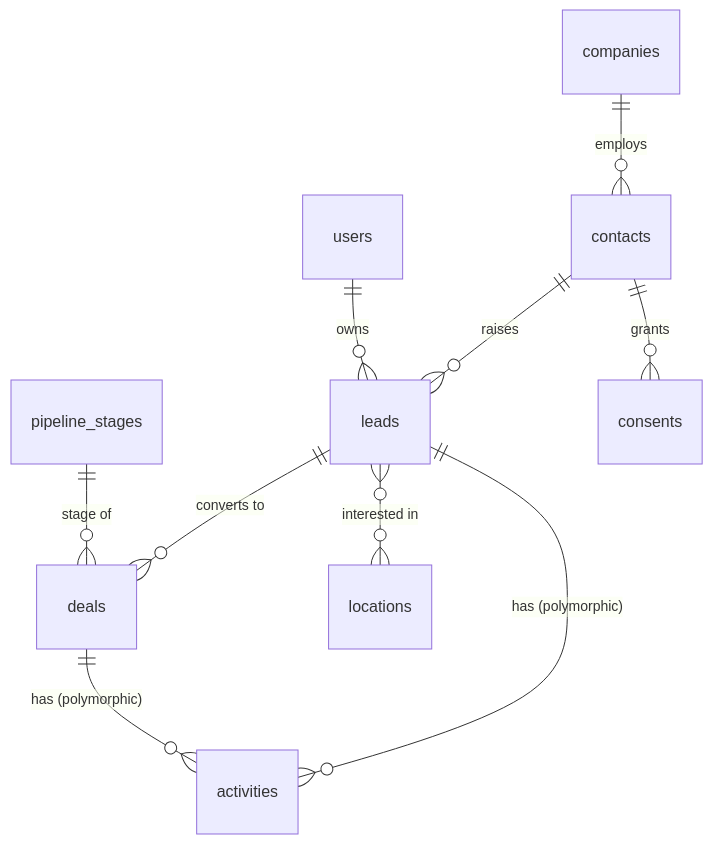
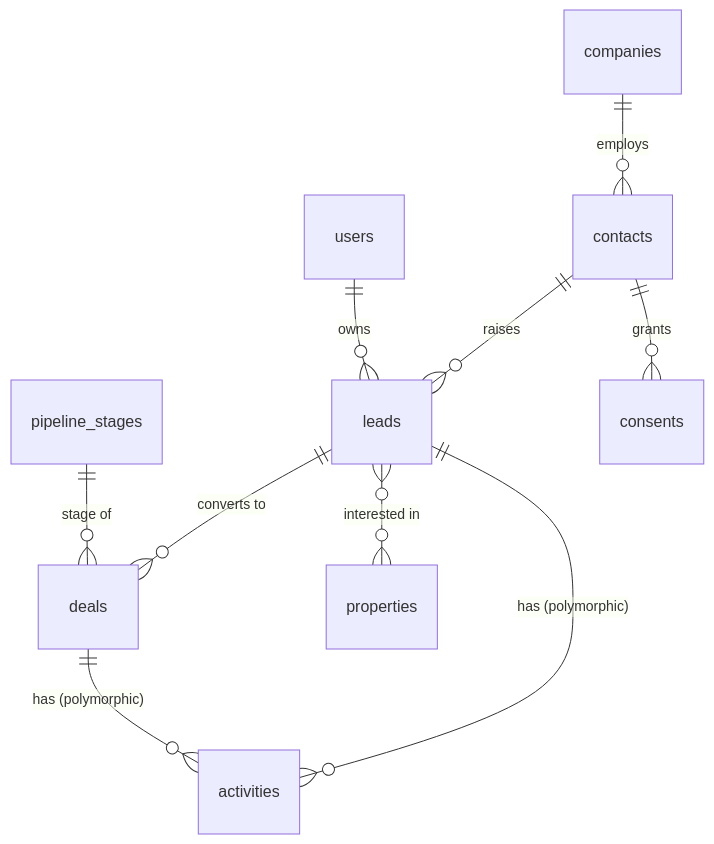
Before and after one commit to ErSuryaPrakashChamoli/smartgo: the fifth of 6 diagrams in docs/architecture/DATABASE_ERD.md, drawn with Mermaid. The commit also changed other lines of this file and 26 other files, not shown here.

````diff
--- a/docs/architecture/DATABASE_ERD.md
+++ b/docs/architecture/DATABASE_ERD.md
@@ -252,12 +255,12 @@
 ```mermaid
 erDiagram
   companies ||--o{ contacts : employs
   contacts ||--o{ leads : raises
   leads ||--o{ deals : "converts to"
   pipeline_stages ||--o{ deals : "stage of"
-  leads }o--o{ locations : "interested in"
+  leads }o--o{ properties : "interested in"
   users ||--o{ leads : owns
   leads ||--o{ activities : "has (polymorphic)"
   deals ||--o{ activities : "has (polymorphic)"
   contacts ||--o{ consents : grants
 ```
````
